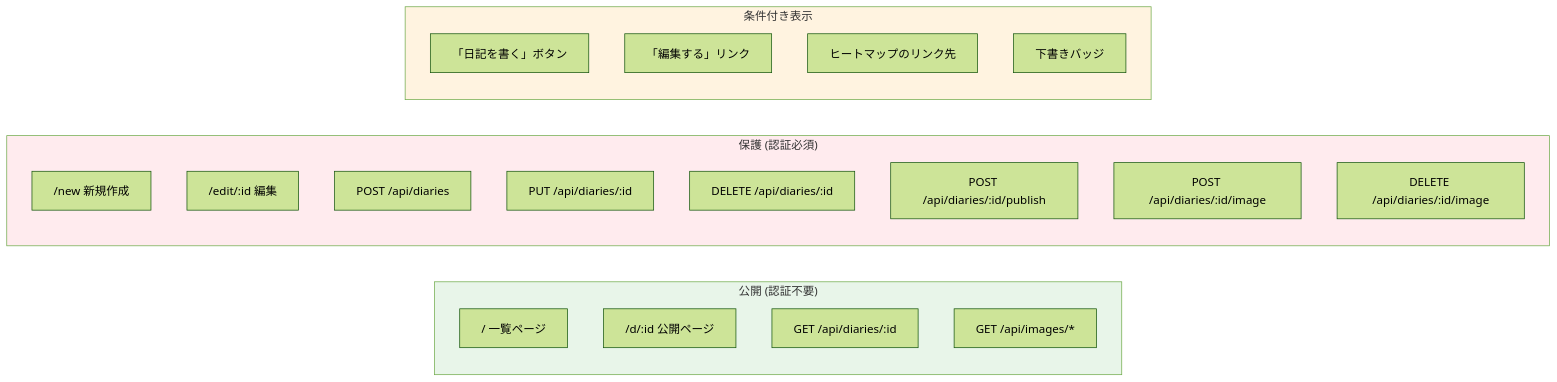
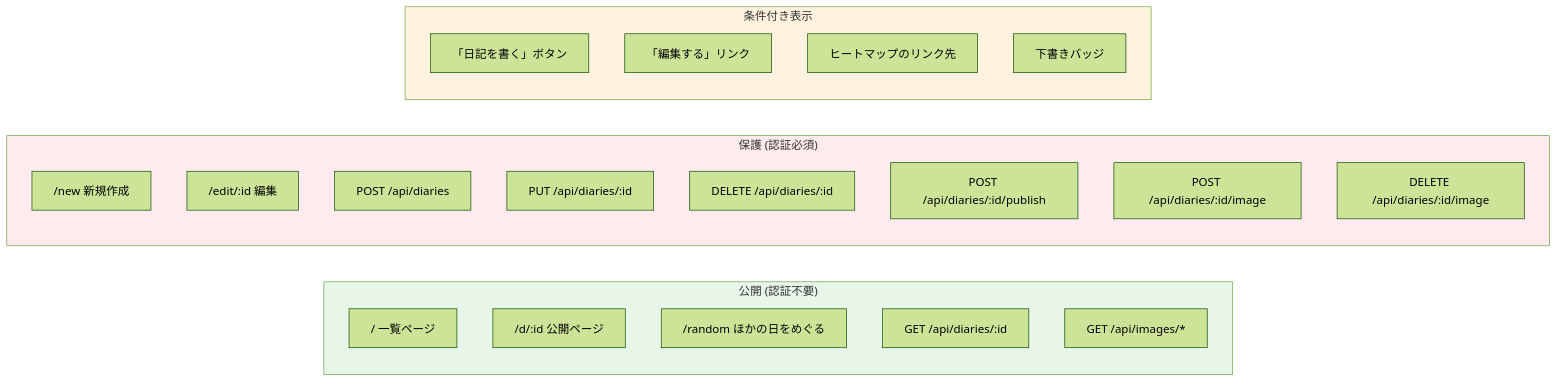
Before and after one commit to shimabox/400-diary: the third of 3 diagrams in docs/architecture/authentication.md, drawn with Mermaid (forest theme). The commit also changed 10 other files, not shown here.

````diff
--- a/docs/architecture/authentication.md
+++ b/docs/architecture/authentication.md
@@ -62,29 +62,30 @@
 ```mermaid
 graph LR
     subgraph Public["公開 (認証不要)"]
         A["/ 一覧ページ"]
         B["/d/:id 公開ページ"]
+        B2["/random ほかの日をめぐる"]
         C["GET /api/diaries/:id"]
         D["GET /api/images/*"]
     end
     subgraph Protected["保護 (認証必須)"]
         E["/new 新規作成"]
         F["/edit/:id 編集"]
         G["POST /api/diaries"]
         H["PUT /api/diaries/:id"]
         I["DELETE /api/diaries/:id"]
         J["POST /api/diaries/:id/publish"]
         K["POST /api/diaries/:id/image"]
         L["DELETE /api/diaries/:id/image"]
     end
     subgraph Conditional["条件付き表示"]
         M["「日記を書く」ボタン"]
         N["「編集する」リンク"]
         O["ヒートマップのリンク先"]
         P["下書きバッジ"]
     end
 
     style Public fill:#e8f5e9
     style Protected fill:#ffebee
     style Conditional fill:#fff3e0
 ```
````
